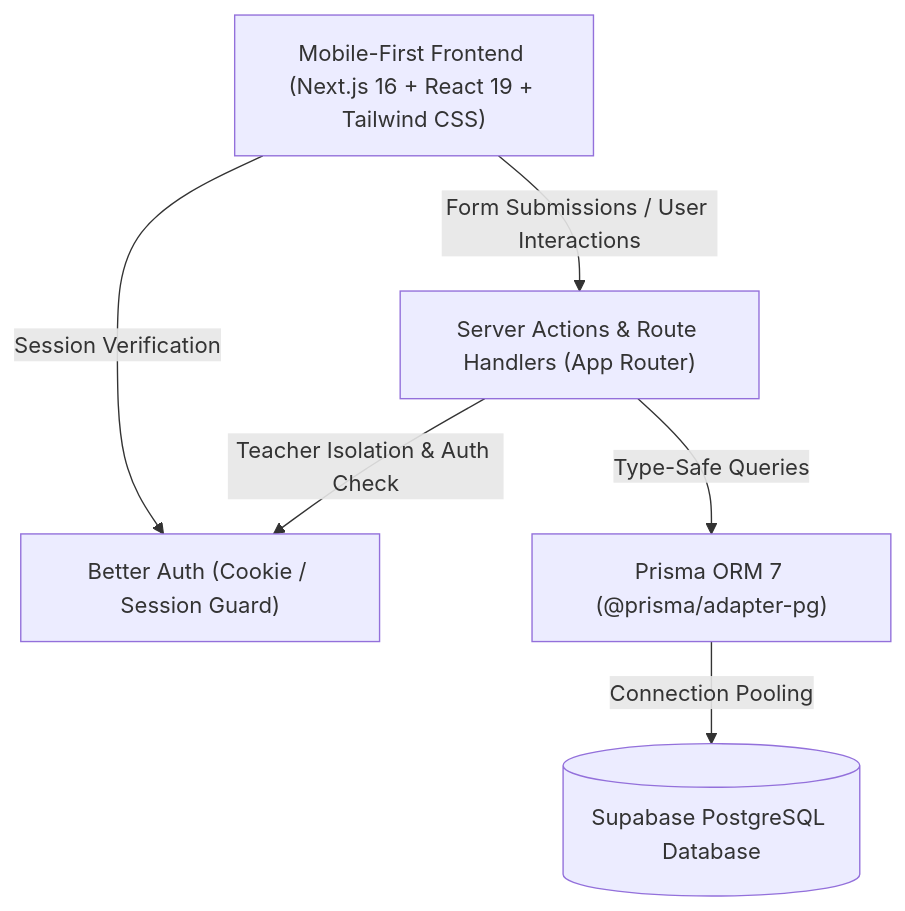
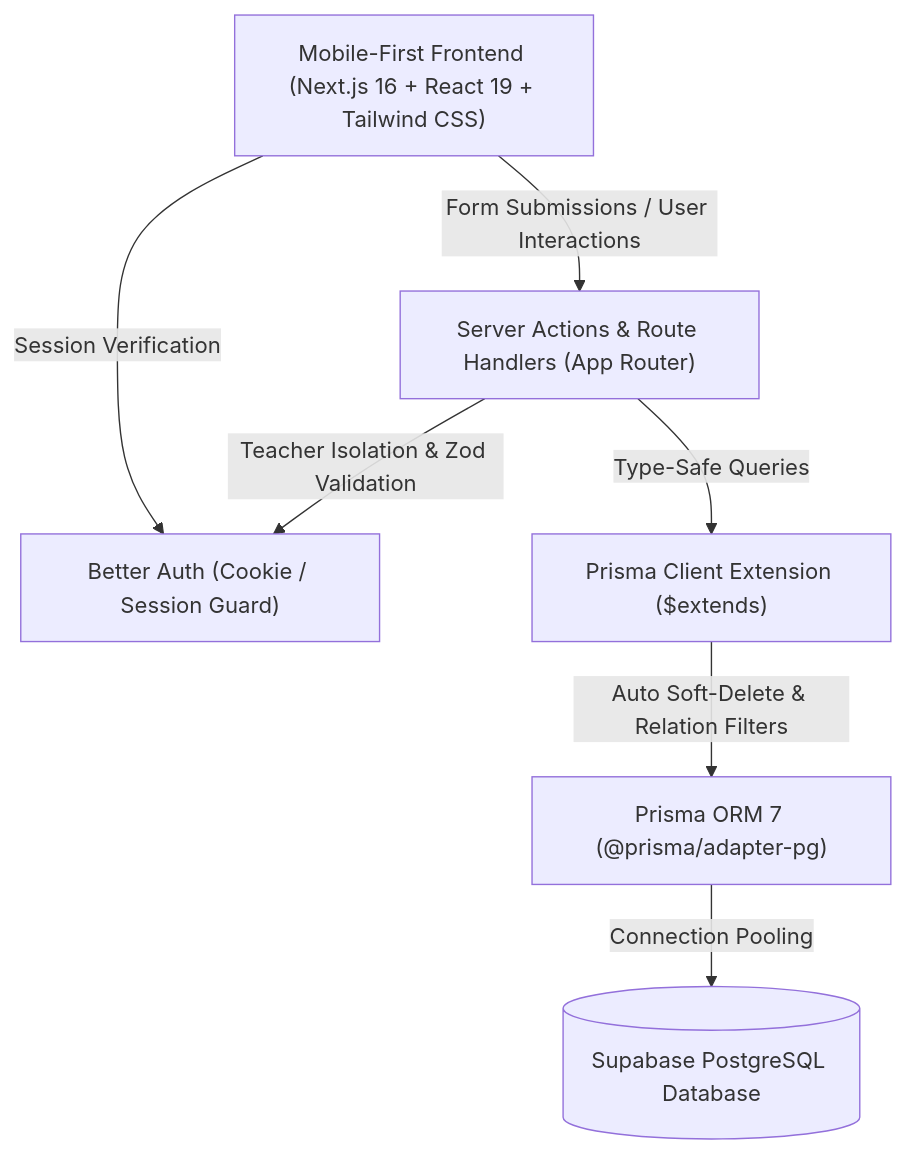
The first of 2 diagrams in README.md (dnsxmrs/cams), drawn with Mermaid before and after one commit. The commit also changed other lines of this file, not shown here.

Commit message:
docs: update README with soft delete architecture, active partial unique indexes, query optimizations, and updated ERD

````diff
--- a/README.md
+++ b/README.md
@@ -95,14 +101,16 @@
 ```mermaid
 graph TD
     Client["Mobile-First Frontend (Next.js 16 + React 19 + Tailwind CSS)"]
     API["Server Actions & Route Handlers (App Router)"]
     Auth["Better Auth (Cookie / Session Guard)"]
+    Ext["Prisma Client Extension ($extends)"]
     DB["Prisma ORM 7 (@prisma/adapter-pg)"]
     PG[("Supabase PostgreSQL Database")]
 
     Client -->|Form Submissions / User Interactions| API
     Client -->|Session Verification| Auth
-    API -->|Teacher Isolation & Auth Check| Auth
-    API -->|Type-Safe Queries| DB
+    API -->|Teacher Isolation & Zod Validation| Auth
+    API -->|Type-Safe Queries| Ext
+    Ext -->|Auto Soft-Delete & Relation Filters| DB
     DB -->|Connection Pooling| PG
 ```
````
